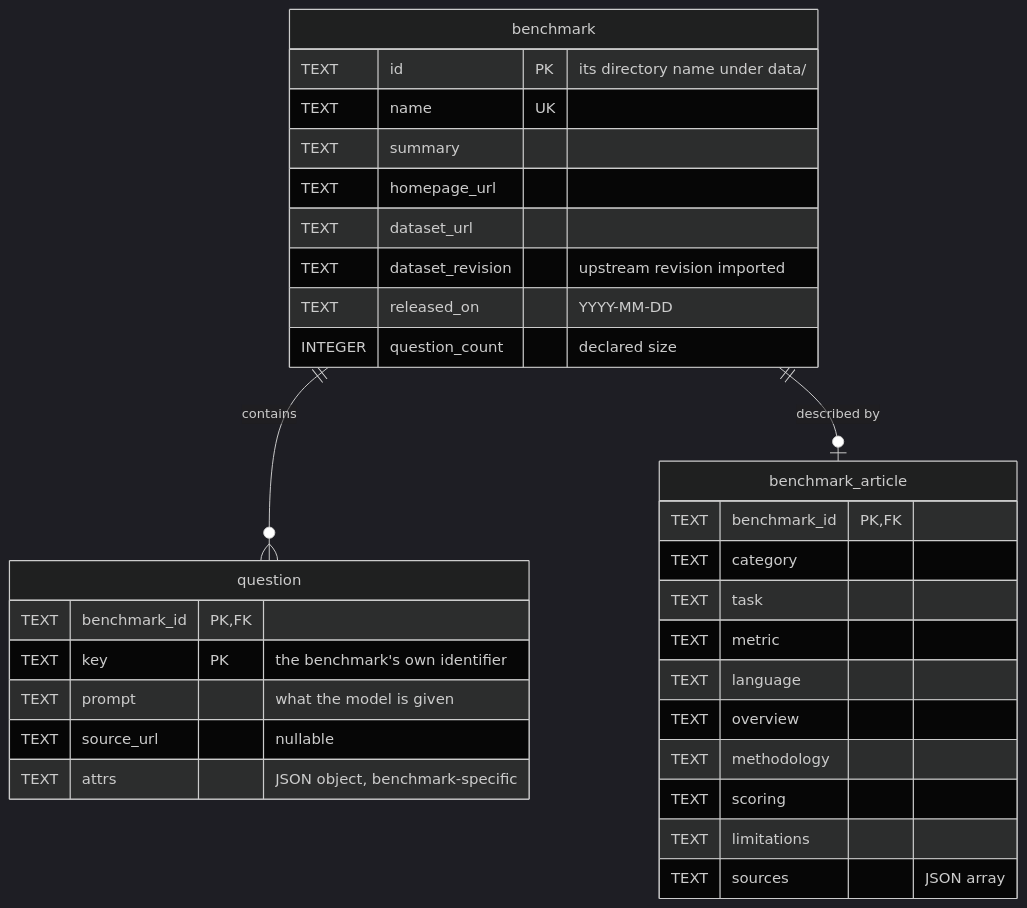
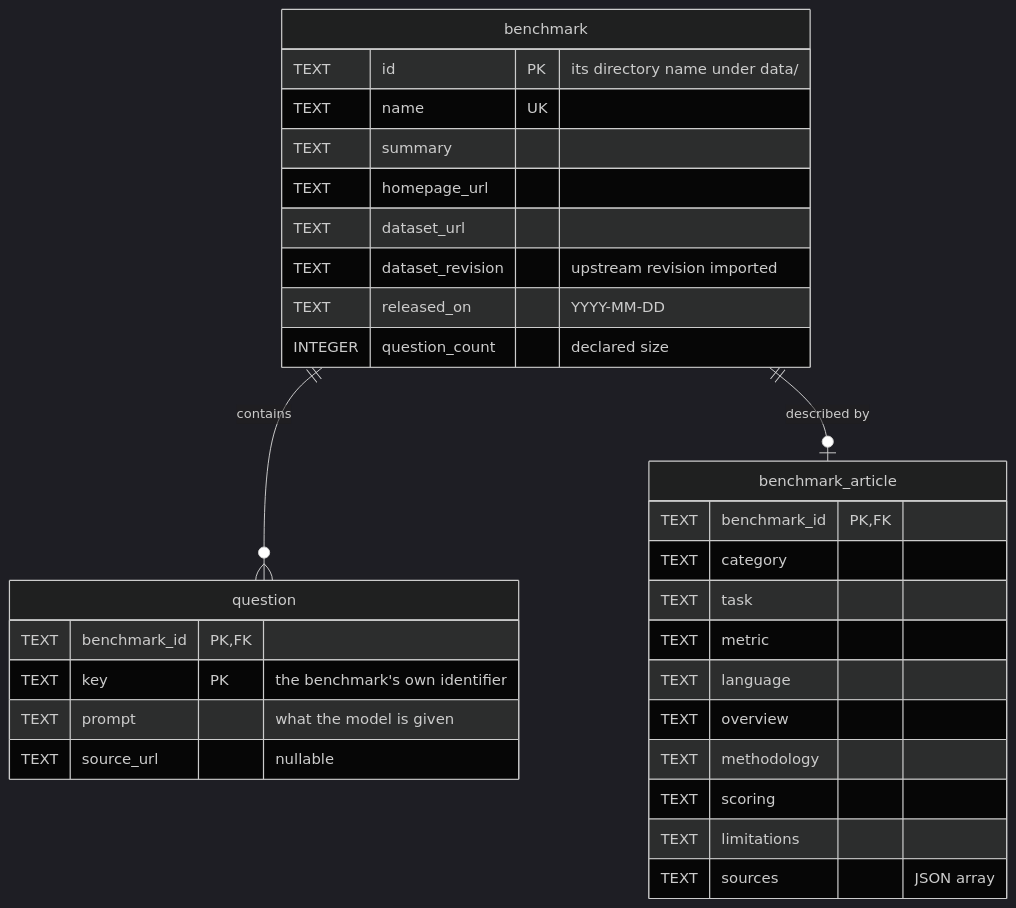
One commit to khooeee/benchopedia changed the diagram in README.md. Above: the diagram before and after it, drawn with Mermaid (dark theme).

Commit message:
Remove stale attrs field from schema diagram

````diff
--- a/README.md
+++ b/README.md
@@ -21,35 +21,34 @@
 ```mermaid
 erDiagram
     benchmark ||--o{ question : contains
     benchmark ||--o| benchmark_article : "described by"
 
     benchmark {
         TEXT id PK "its directory name under data/"
         TEXT name UK
         TEXT summary
         TEXT homepage_url
         TEXT dataset_url
         TEXT dataset_revision "upstream revision imported"
         TEXT released_on "YYYY-MM-DD"
         INTEGER question_count "declared size"
     }
     question {
         TEXT benchmark_id PK, FK
         TEXT key PK "the benchmark's own identifier"
         TEXT prompt "what the model is given"
         TEXT source_url "nullable"
-        TEXT attrs "JSON object, benchmark-specific"
     }
     benchmark_article {
         TEXT benchmark_id PK, FK
         TEXT category
         TEXT task
         TEXT metric
         TEXT language
         TEXT overview
         TEXT methodology
         TEXT scoring
         TEXT limitations
         TEXT sources "JSON array"
     }
 ```
````
